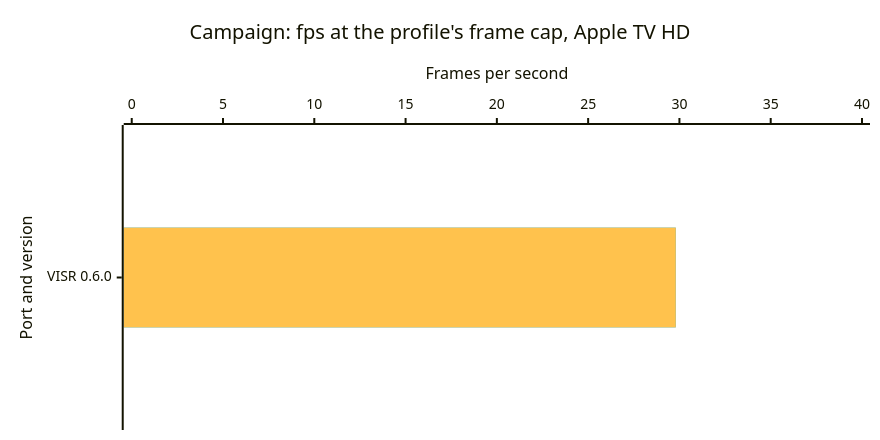
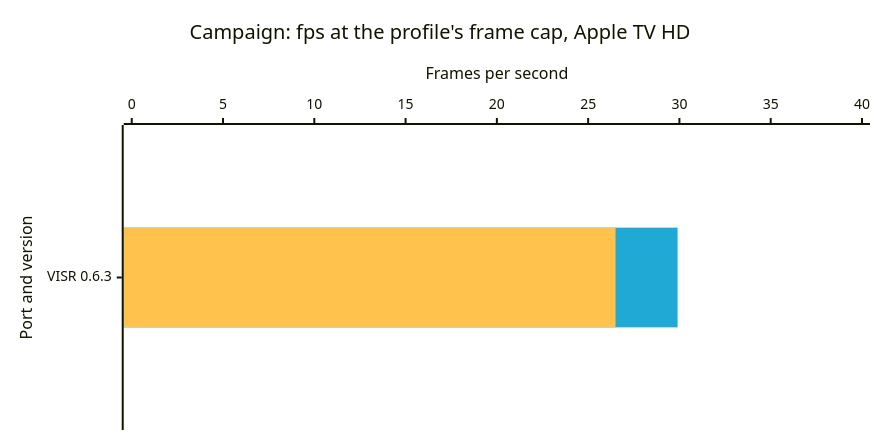
Before and after one commit to VISR-CE/visr: the fifth of 7 diagrams in docs/benchmarks.md, drawn with Mermaid. The commit also changed other lines of this file and 4 other files, not shown here.

````diff
--- a/docs/benchmarks.md
+++ b/docs/benchmarks.md
@@ -108,17 +138,17 @@
 ```mermaid
 ---
 config:
   xyChart:
     width: 860
     height: 420
   themeVariables:
     xyChart:
       plotColorPalette: "#1fa9d4, #ffc24d"
 ---
 xychart-beta horizontal
     title "Campaign: fps at the profile's frame cap, Apple TV HD"
-    x-axis "Port and version" ["VISR 0.6.0"]
+    x-axis "Port and version" ["VISR 0.6.3"]
     y-axis "Frames per second" 0 --> 40
-    bar [29.8]
-    bar [29.8]
+    bar [29.9]
+    bar [26.5]
 ```
````
